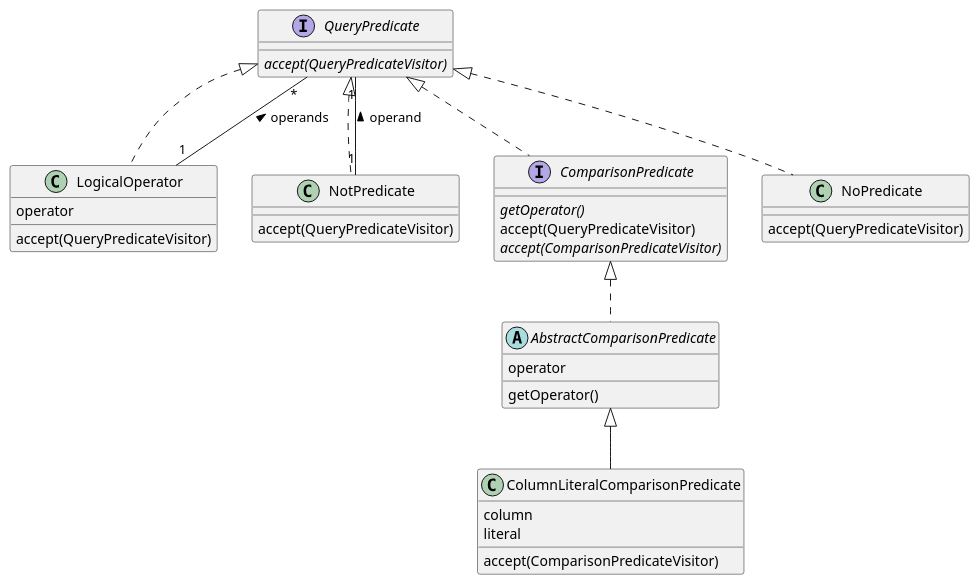
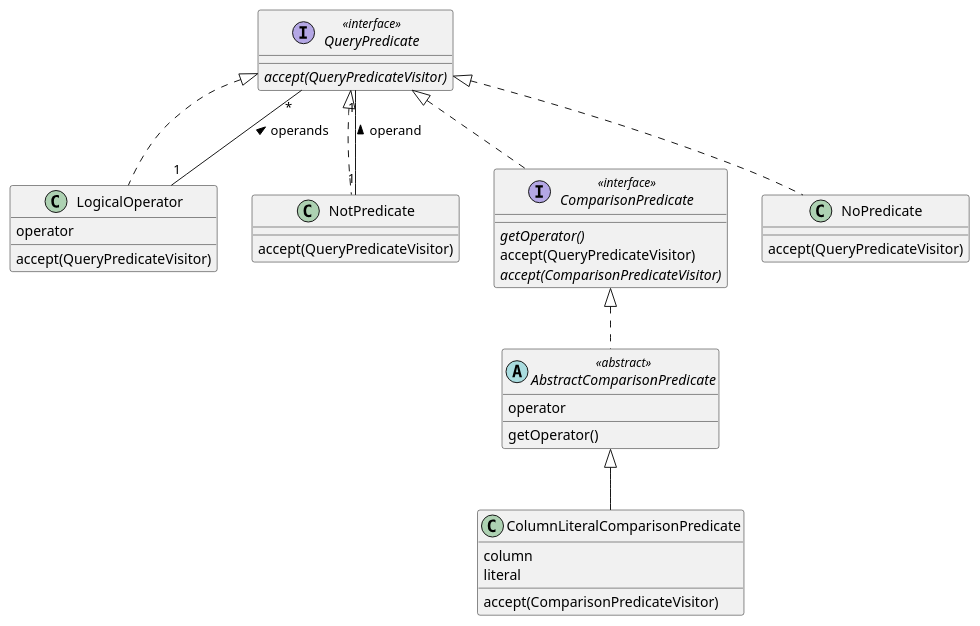
One commit to exasol/dynamodb-virtual-schema changed the diagram in doc/diagrams/queryPredicate.puml. Above: the diagram before and after it, drawn with PlantUML. The commit also changed 7 other files, not shown here.

Commit message:
added interface annotation to diagrams

```diff
--- a/doc/diagrams/queryPredicate.puml
+++ b/doc/diagrams/queryPredicate.puml
@@ -1,46 +1,46 @@
 @startuml
 
-interface QueryPredicate{
+interface  QueryPredicate <<interface>> {
 {abstract}accept(QueryPredicateVisitor)
 }
 
 class LogicalOperator{
 operator
 accept(QueryPredicateVisitor)
 }
 
 class NotPredicate{
 accept(QueryPredicateVisitor)
 }
 
-interface ComparisonPredicate{
+interface  ComparisonPredicate <<interface>> {
 {abstract} getOperator()
 accept(QueryPredicateVisitor)
 {abstract}accept(ComparisonPredicateVisitor)
 }
 
 class NoPredicate{
 accept(QueryPredicateVisitor)
 }
 
-abstract class AbstractComparisonPredicate{
+abstract class  AbstractComparisonPredicate <<abstract>> {
 operator
 getOperator()
 }
 
 class ColumnLiteralComparisonPredicate{
 column
 literal
 accept(ComparisonPredicateVisitor)
 }
 
 QueryPredicate <|.. LogicalOperator
 LogicalOperator "1" -- "*" QueryPredicate: > operands
 QueryPredicate <|.. NotPredicate
 QueryPredicate "1"--"1" NotPredicate : < operand
 QueryPredicate <|.. NoPredicate
 QueryPredicate <|.. ComparisonPredicate
 ComparisonPredicate <|..AbstractComparisonPredicate
 AbstractComparisonPredicate <|-- ColumnLiteralComparisonPredicate
 
 @enduml
```
